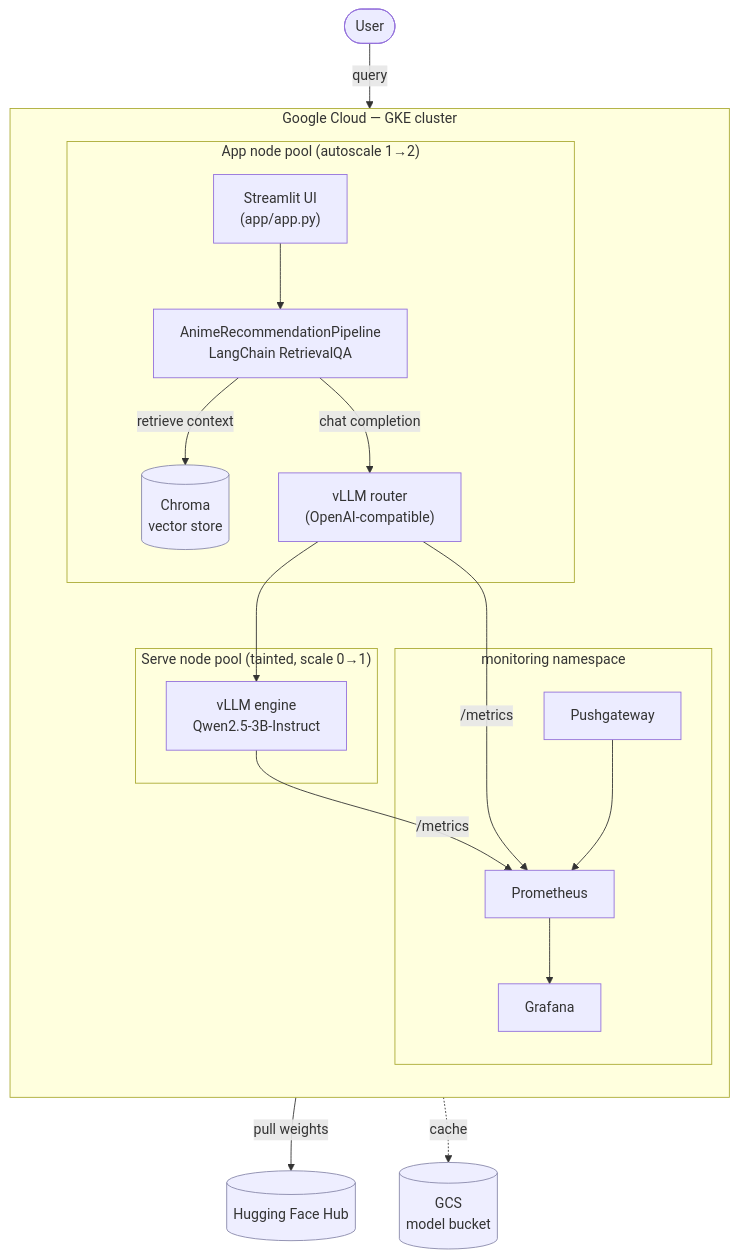
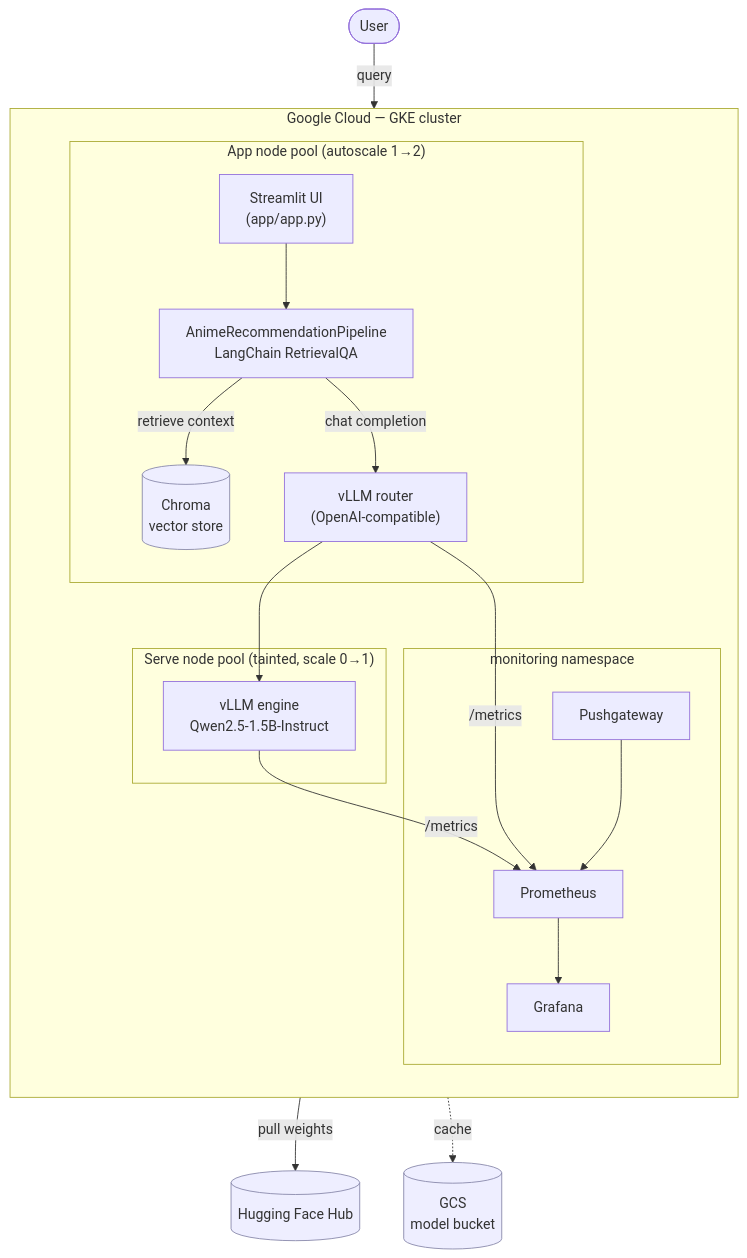
One commit to zessam/OtakuOps changed the second of 7 diagrams in README.md. Above: the diagram before and after it, drawn with Mermaid. The commit also changed other lines of this file and 14 other files, not shown here.

````diff
--- a/README.md
+++ b/README.md
@@ -73,41 +73,41 @@
 ```mermaid
 flowchart TB
     user([User])
 
     subgraph GCP["Google Cloud — GKE cluster"]
         direction TB
 
         subgraph appPool["App node pool (autoscale 1→2)"]
             ui["Streamlit UI<br/>(app/app.py)"]
             pipe["AnimeRecommendationPipeline<br/>LangChain RetrievalQA"]
             chroma[("Chroma<br/>vector store")]
             router["vLLM router<br/>(OpenAI-compatible)"]
         end
 
         subgraph servePool["Serve node pool (tainted, scale 0→1)"]
-            engine["vLLM engine<br/>Qwen2.5-3B-Instruct"]
+            engine["vLLM engine<br/>Qwen2.5-1.5B-Instruct"]
         end
 
         subgraph monNs["monitoring namespace"]
             prom["Prometheus"]
             graf["Grafana"]
             pgw["Pushgateway"]
         end
     end
 
     gcs[("GCS<br/>model bucket")]
     hf[("Hugging Face Hub")]
 
     user -->|query| ui --> pipe
     pipe -->|retrieve context| chroma
     pipe -->|chat completion| router --> engine
     engine -->|pull weights| hf
     engine -.->|cache| gcs
 
     engine -->|/metrics| prom
     router -->|/metrics| prom
     pgw --> prom --> graf
 
     classDef store fill:#eef,stroke:#88a
     class chroma,gcs,hf store
 ```
````
